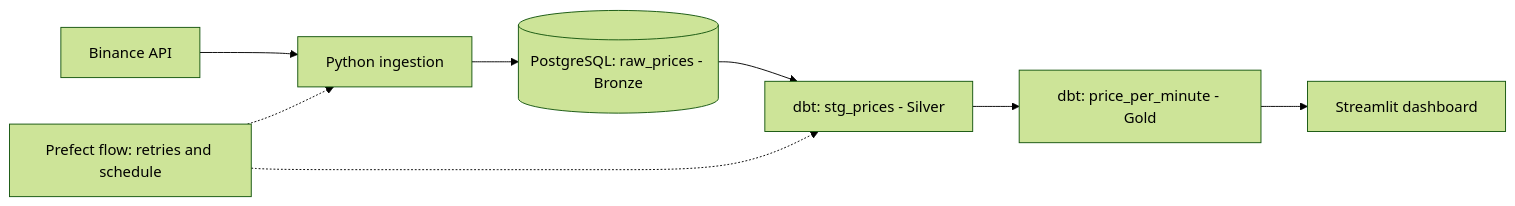
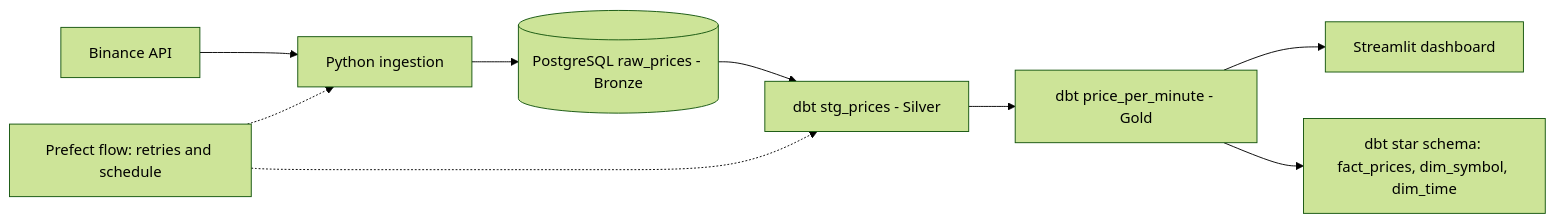
Before and after one commit to Lhu-i/crypto-pipeline: the diagram in README.md, drawn with Mermaid (forest theme).

Commit message:
Refine flowchart formatting in README
Updated flowchart in README to improve clarity and formatting.

````diff
--- a/README.md
+++ b/README.md
@@ -10,10 +10,11 @@
 ```mermaid
 flowchart LR
     A[Binance API] --> B[Python ingestion]
-    B --> C[(PostgreSQL: raw_prices - Bronze)]
-    C --> D[dbt: stg_prices - Silver]
-    D --> E[dbt: price_per_minute - Gold]
+    B --> C[(PostgreSQL raw_prices - Bronze)]
+    C --> D[dbt stg_prices - Silver]
+    D --> E[dbt price_per_minute - Gold]
     E --> F[Streamlit dashboard]
-    G[Prefect flow: retries and schedule] -.-> B
-    G -.-> D
+    E --> G["dbt star schema: fact_prices, dim_symbol, dim_time"]
+    H[Prefect flow: retries and schedule] -.-> B
+    H -.-> D
 ```
````
